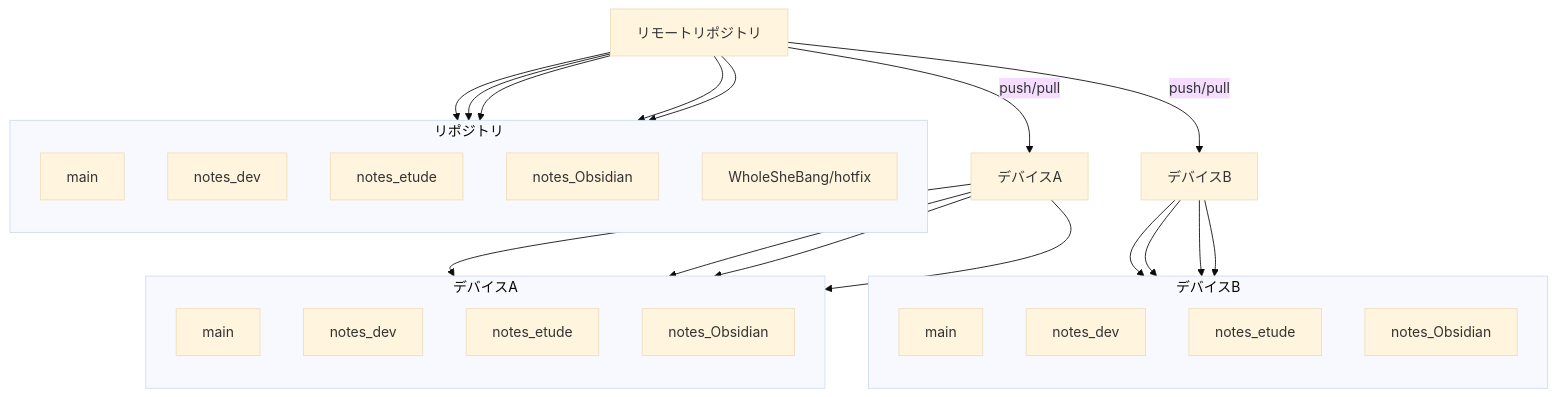
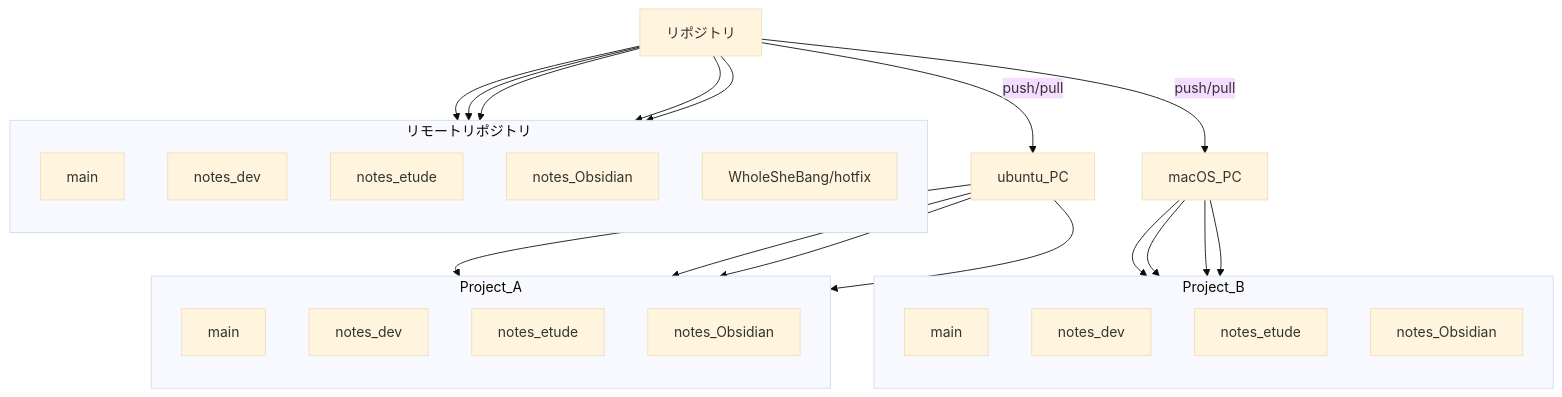
Before and after one commit to watanabe3tipapa/toolsmith-notes: the diagram in Repository_Configuration_Diagram.md, drawn with Mermaid (base theme).

Commit message:
修正

````diff
--- a/Repository_Configuration_Diagram.md
+++ b/Repository_Configuration_Diagram.md
@@ -9,47 +9,47 @@
 ```mermaid
 
 flowchart TD
 
-    A[リモートリポジトリ] -->|push/pull| B[デバイスA]
-    A -->|push/pull| C[デバイスB]
+    A[リポジトリ] -->|push/pull| B[ubuntu_PC]
+    A -->|push/pull| C[macOS_PC]
     
-    subgraph リポジトリ
+    subgraph リモートリポジトリ
         direction TB
         D[main]
         E[notes_dev]
         F[notes_etude]
         G[notes_Obsidian]
         H[WholeSheBang/hotfix]
     end
 
-    subgraph デバイスA
+    subgraph Project_A
         direction TB
         I[main]
         J[notes_dev]
         K[notes_etude]
         L[notes_Obsidian]
     end
 
-    subgraph デバイスB
+    subgraph Project_B
         direction TB
         M[main]
         N[notes_dev]
         O[notes_etude]
         P[notes_Obsidian]
     end
 
     A --> D
     A --> E
     A --> F
     A --> G
     A --> H
     B --> I
     B --> J
     B --> K
     B --> L
     C --> M
     C --> N
     C --> O
     C --> P
 
 ```
````
